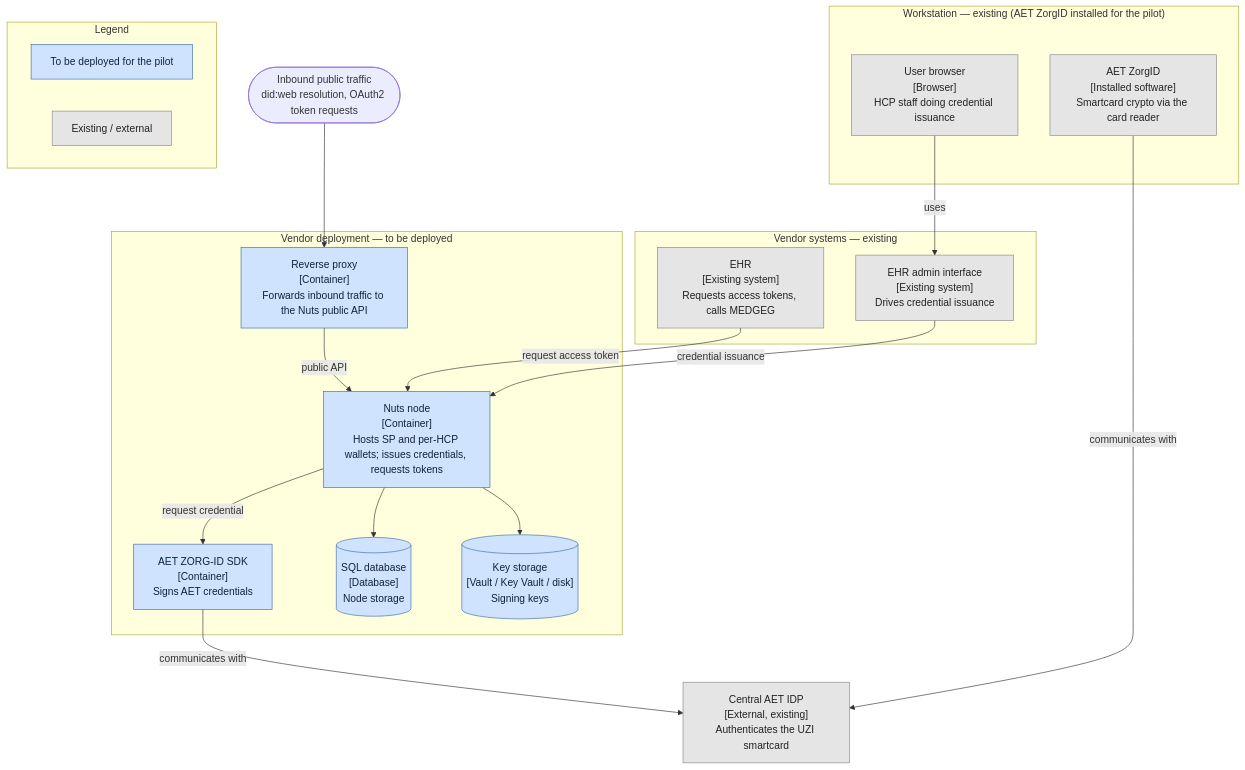
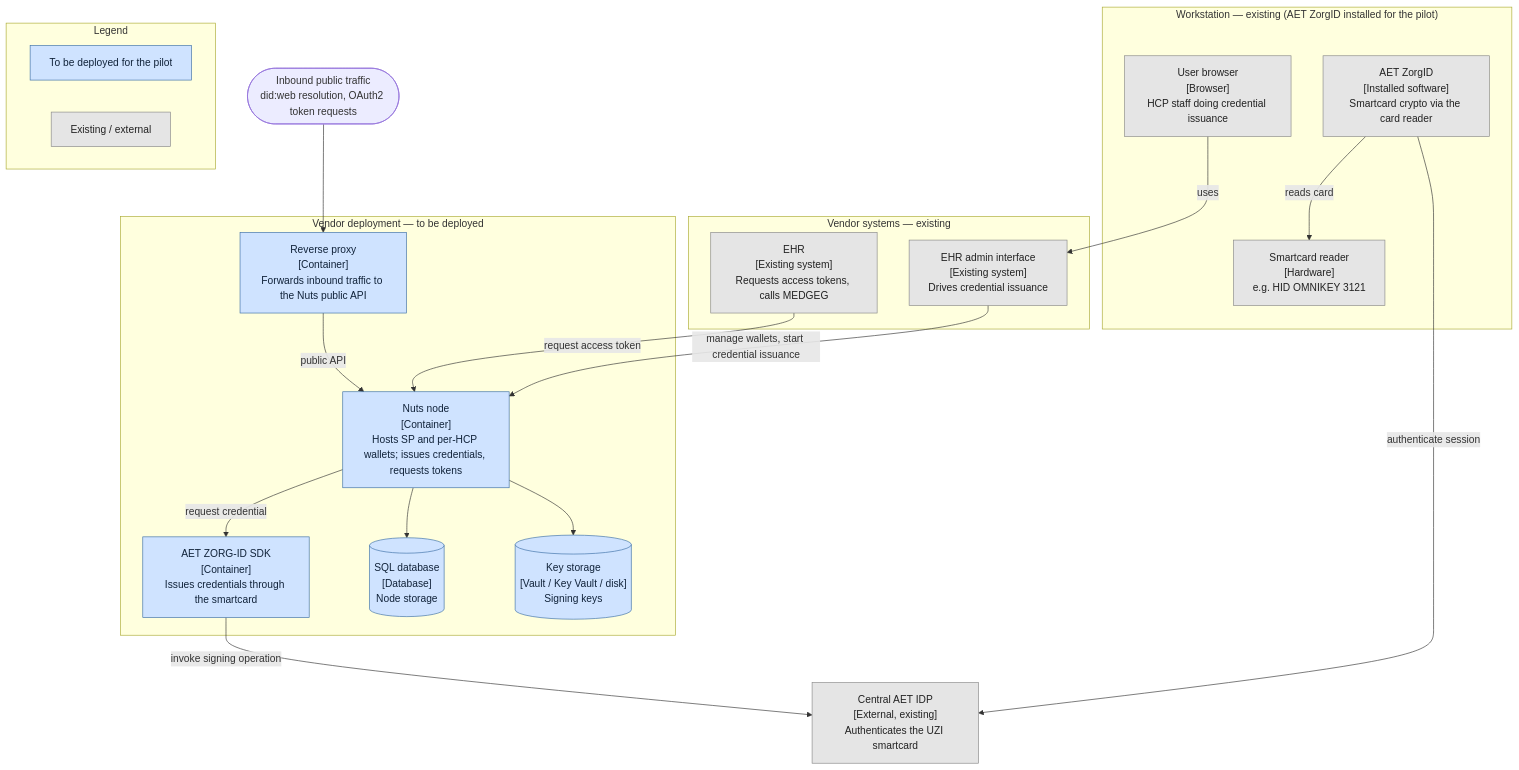
Before and after one commit to nuts-foundation/lspxnuts-pilots: the diagram in docs/deployment-guide.md, drawn with Mermaid. The commit also changed other lines of this file, not shown here.

First line of the commit message:
docs: refine workstation, AET edges and labels in deployment diagram

````diff
--- a/docs/deployment-guide.md
+++ b/docs/deployment-guide.md
@@ -32,46 +32,48 @@
 ```mermaid
 flowchart TB
   subgraph WS["Workstation — existing (AET ZorgID installed for the pilot)"]
     Browser["User browser<br/>[Browser]<br/>HCP staff doing credential issuance"]
     ZorgID["AET ZorgID<br/>[Installed software]<br/>Smartcard crypto via the card reader"]
+    Reader["Smartcard reader<br/>[Hardware]<br/>e.g. HID OMNIKEY 3121"]
   end
 
   Inbound(["Inbound public traffic<br/>did:web resolution, OAuth2 token requests"])
 
   subgraph Vendor["Vendor deployment — to be deployed"]
     RP["Reverse proxy<br/>[Container]<br/>Forwards inbound traffic to the Nuts public API"]
     Node["Nuts node<br/>[Container]<br/>Hosts SP and per-HCP wallets; issues credentials, requests tokens"]
-    AETSDK["AET ZORG-ID SDK<br/>[Container]<br/>Signs AET credentials"]
+    AETSDK["AET ZORG-ID SDK<br/>[Container]<br/>Issues credentials through the smartcard"]
     DB[("SQL database<br/>[Database]<br/>Node storage")]
     Keys[("Key storage<br/>[Vault / Key Vault / disk]<br/>Signing keys")]
   end
 
   subgraph Systems["Vendor systems — existing"]
     EHR["EHR<br/>[Existing system]<br/>Requests access tokens, calls MEDGEG"]
     Admin["EHR admin interface<br/>[Existing system]<br/>Drives credential issuance"]
   end
 
   AETIDP["Central AET IDP<br/>[External, existing]<br/>Authenticates the UZI smartcard"]
 
   Inbound --> RP
   RP -->|public API| Node
   Node -->|request credential| AETSDK
-  AETSDK -->|communicates with| AETIDP
+  AETSDK -->|invoke signing operation| AETIDP
   Node --> DB
   Node --> Keys
   EHR -->|request access token| Node
-  Admin -->|credential issuance| Node
+  Admin -->|manage wallets, start credential issuance| Node
   Browser -->|uses| Admin
-  ZorgID -->|communicates with| AETIDP
+  ZorgID -->|reads card| Reader
+  ZorgID -->|authenticate session| AETIDP
 
   subgraph Legend["Legend"]
     direction LR
     L1["To be deployed for the pilot"]
     L2["Existing / external"]
   end
 
   classDef deploy fill:#cfe3ff,stroke:#3b6ea5,color:#11233a;
   classDef existing fill:#e5e5e5,stroke:#888,color:#222;
   class RP,Node,AETSDK,DB,Keys,L1 deploy;
-  class EHR,Admin,AETIDP,Browser,ZorgID,L2 existing;
+  class EHR,Admin,AETIDP,Browser,ZorgID,Reader,L2 existing;
 ```
````
